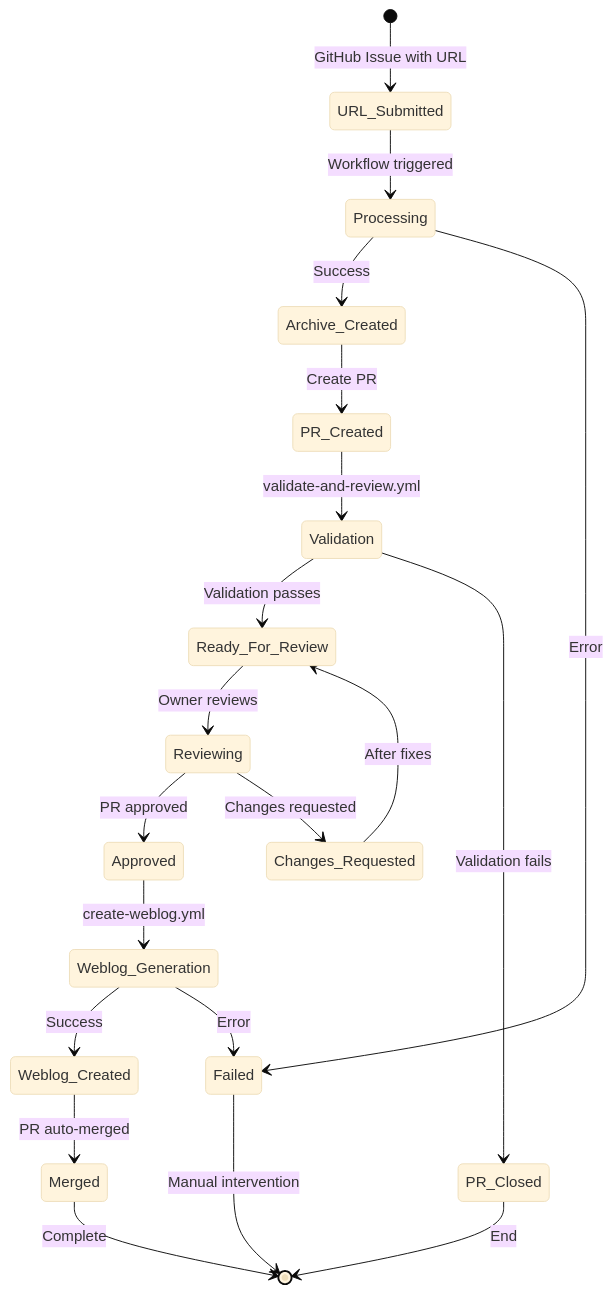
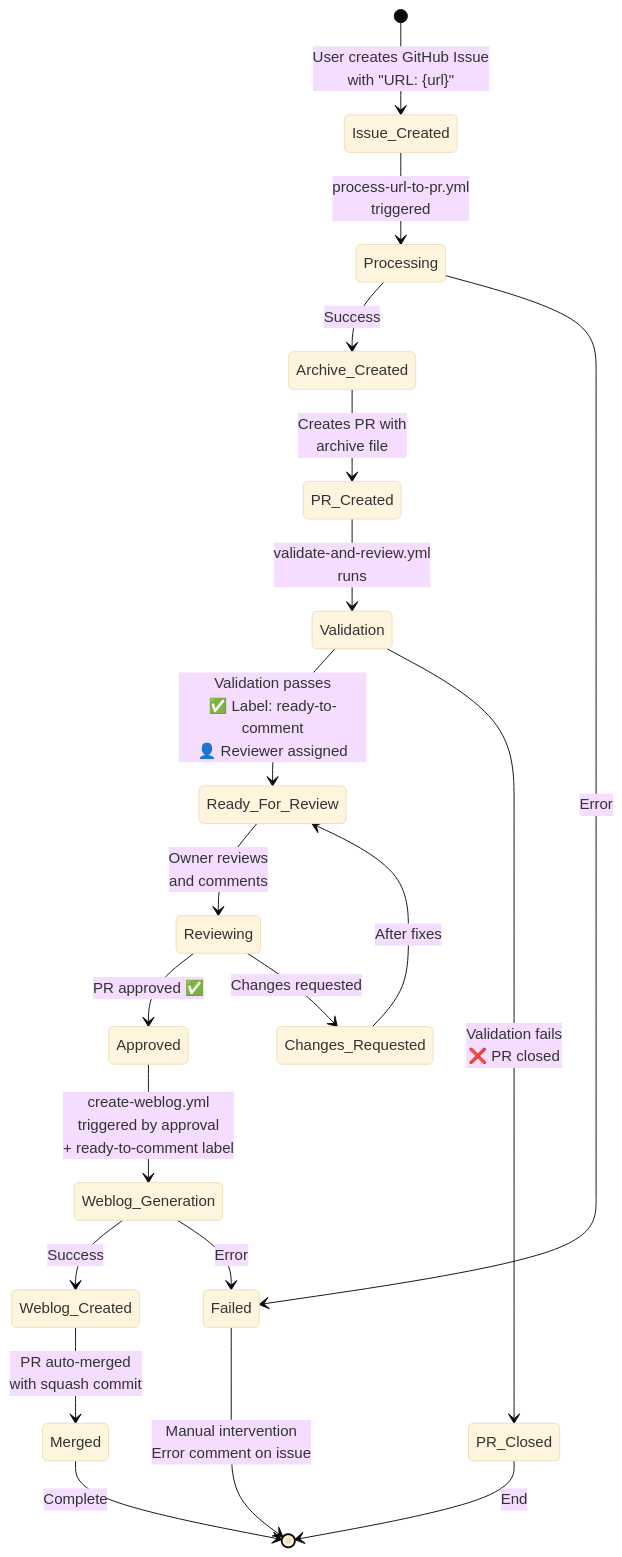
The diagram in STATE_MACHINE.md (mbrg/link-archive), drawn with Mermaid (base theme) before and after one commit. The commit also changed other lines of this file, not shown here.

First line of the commit message:
Enhance state machine diagram with clearer issue/PR creation and labels

````diff
--- a/STATE_MACHINE.md
+++ b/STATE_MACHINE.md
@@ -9,28 +9,29 @@
 ```mermaid
 stateDiagram-v2
-    [*] --> URL_Submitted: GitHub Issue with URL
-    URL_Submitted --> Processing: Workflow triggered
+    [*] --> Issue_Created: User creates GitHub Issue<br/>with "URL: {url}"
+    
+    Issue_Created --> Processing: process-url-to-pr.yml<br/>triggered
     Processing --> Archive_Created: Success
     Processing --> Failed: Error
     
-    Archive_Created --> PR_Created: Create PR
-    PR_Created --> Validation: validate-and-review.yml
+    Archive_Created --> PR_Created: Creates PR with<br/>archive file
+    PR_Created --> Validation: validate-and-review.yml<br/>runs
     
-    Validation --> Ready_For_Review: Validation passes
-    Validation --> PR_Closed: Validation fails
+    Validation --> Ready_For_Review: Validation passes<br/>✅ Label: ready-to-comment<br/>👤 Reviewer assigned
+    Validation --> PR_Closed: Validation fails<br/>❌ PR closed
     
-    Ready_For_Review --> Reviewing: Owner reviews
-    Reviewing --> Approved: PR approved
+    Ready_For_Review --> Reviewing: Owner reviews<br/>and comments
+    Reviewing --> Approved: PR approved ✅
     Reviewing --> Changes_Requested: Changes requested
     
-    Approved --> Weblog_Generation: create-weblog.yml
+    Approved --> Weblog_Generation: create-weblog.yml<br/>triggered by approval<br/>+ ready-to-comment label
     Weblog_Generation --> Weblog_Created: Success
     Weblog_Generation --> Failed: Error
     
-    Weblog_Created --> Merged: PR auto-merged
+    Weblog_Created --> Merged: PR auto-merged<br/>with squash commit
     
-    Failed --> [*]: Manual intervention
+    Failed --> [*]: Manual intervention<br/>Error comment on issue
     PR_Closed --> [*]: End
     Changes_Requested --> Ready_For_Review: After fixes
     Merged --> [*]: Complete
 ```
````
